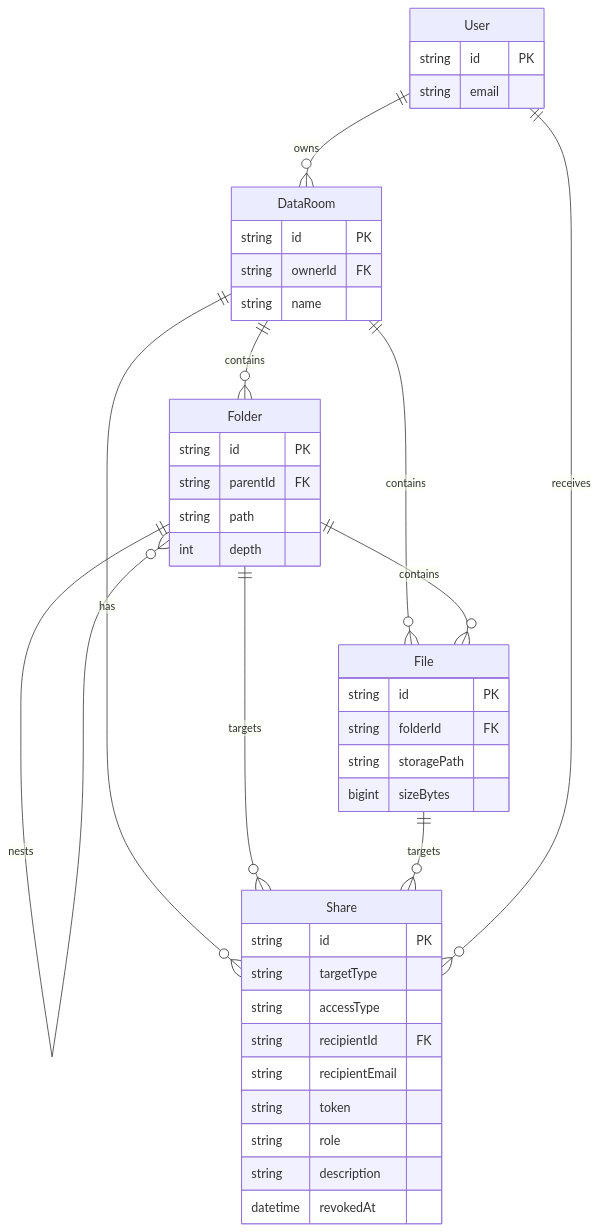
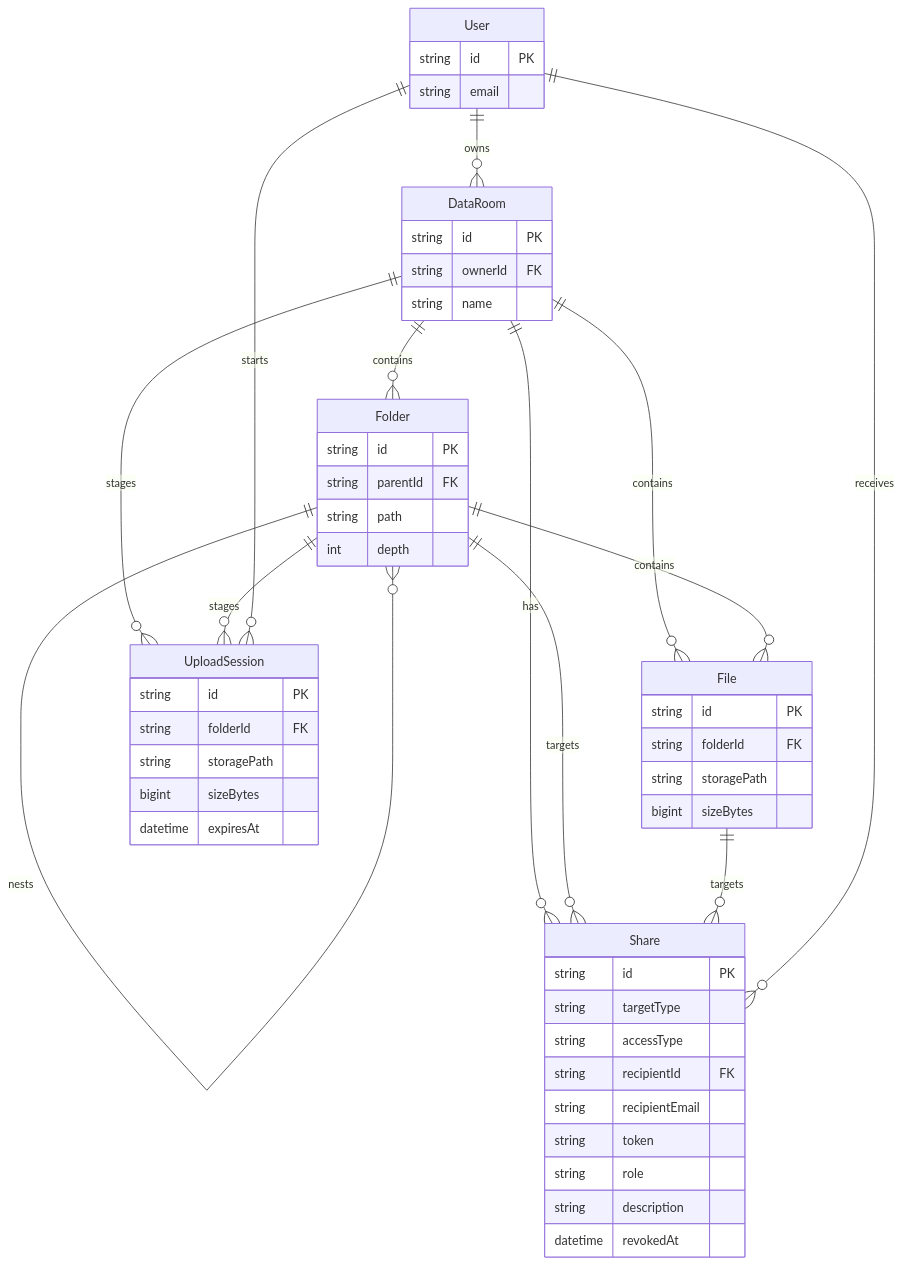
Before and after one commit to theIvanChornyi/acme-data-room: the diagram in README.md, drawn with Mermaid. The commit also changed other lines of this file and 9 other files, not shown here.

Commit message:
Upload files directly to private storage

````diff
--- a/README.md
+++ b/README.md
@@ -79,18 +79,22 @@
 ```mermaid
 erDiagram
   User ||--o{ DataRoom : owns
   DataRoom ||--o{ Folder : contains
   DataRoom ||--o{ File : contains
+  DataRoom ||--o{ UploadSession : stages
   Folder ||--o{ Folder : nests
   Folder ||--o{ File : contains
+  Folder ||--o{ UploadSession : stages
   DataRoom ||--o{ Share : has
   Folder ||--o{ Share : targets
   File ||--o{ Share : targets
   User ||--o{ Share : receives
+  User ||--o{ UploadSession : starts
 
   User { string id PK string email }
   DataRoom { string id PK string ownerId FK string name }
   Folder { string id PK string parentId FK string path int depth }
   File { string id PK string folderId FK string storagePath bigint sizeBytes }
+  UploadSession { string id PK string folderId FK string storagePath bigint sizeBytes datetime expiresAt }
   Share { string id PK string targetType string accessType string recipientId FK string recipientEmail string token string role string description datetime revokedAt }
 ```
````
